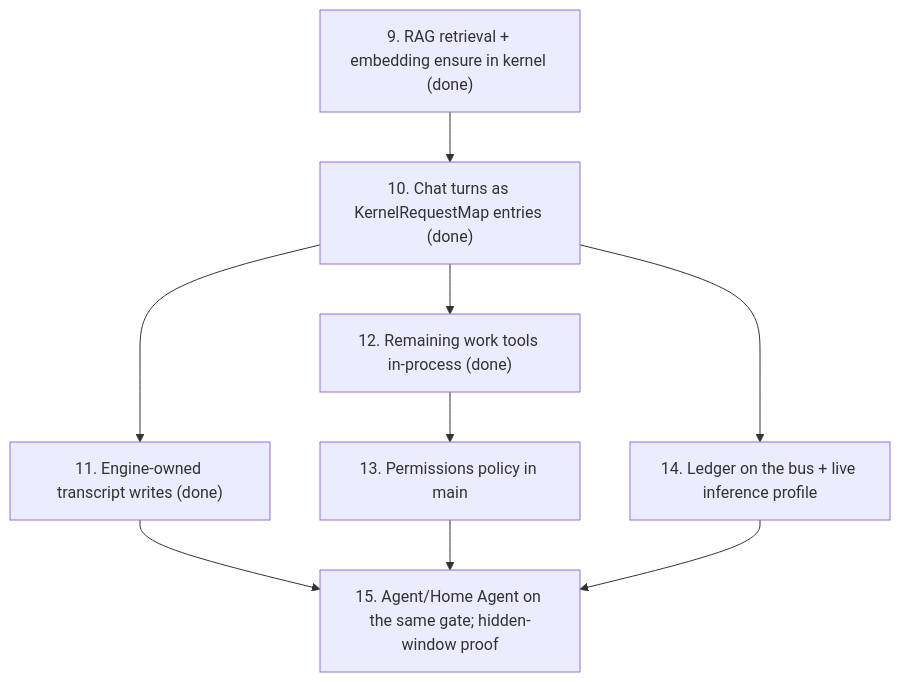
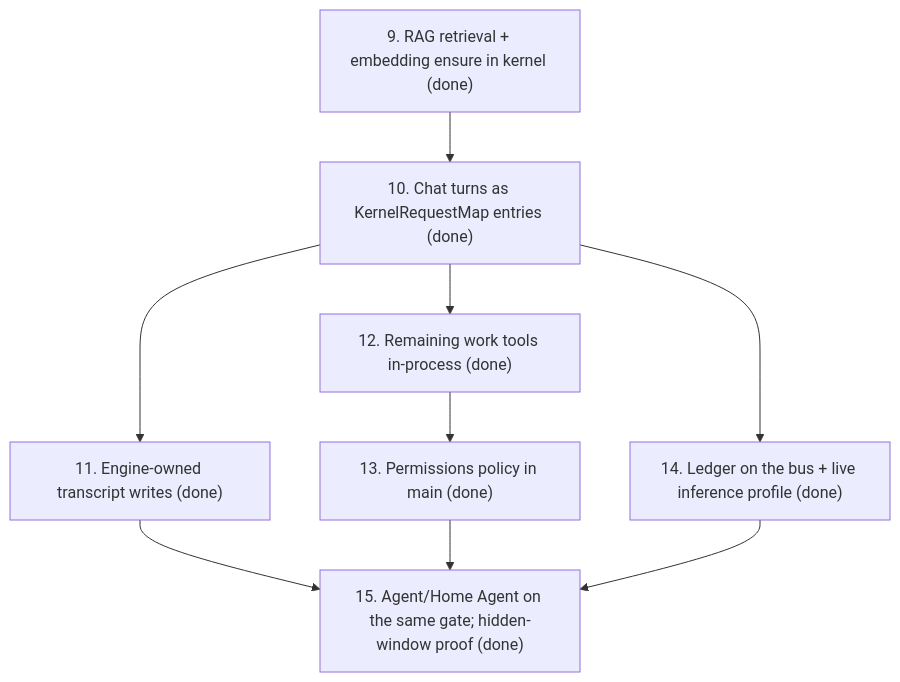
The seventh of 7 diagrams in docs/architecture-target.md (TNG/AI-Playground), drawn with Mermaid before and after one commit. The commit also changed other lines of this file and 13 other files, not shown here.

First line of the commit message:
feat: admit Agent Mode and Home Agent through the orchestrator

````diff
--- a/docs/architecture-target.md
+++ b/docs/architecture-target.md
@@ -1090,17 +1091,17 @@
 ```mermaid
 flowchart TD
   s9["9. RAG retrieval + embedding ensure in kernel (done)"]
   s10["10. Chat turns as KernelRequestMap entries (done)"]
   s11["11. Engine-owned transcript writes (done)"]
   s12["12. Remaining work tools in-process (done)"]
-  s13["13. Permissions policy in main"]
-  s14["14. Ledger on the bus + live inference profile"]
-  s15["15. Agent/Home Agent on the same gate; hidden-window proof"]
+  s13["13. Permissions policy in main (done)"]
+  s14["14. Ledger on the bus + live inference profile (done)"]
+  s15["15. Agent/Home Agent on the same gate; hidden-window proof (done)"]
 
   s9 --> s10 --> s11
   s10 --> s12 --> s13
   s10 --> s14
   s11 --> s15
   s13 --> s15
   s14 --> s15
 ```
````
